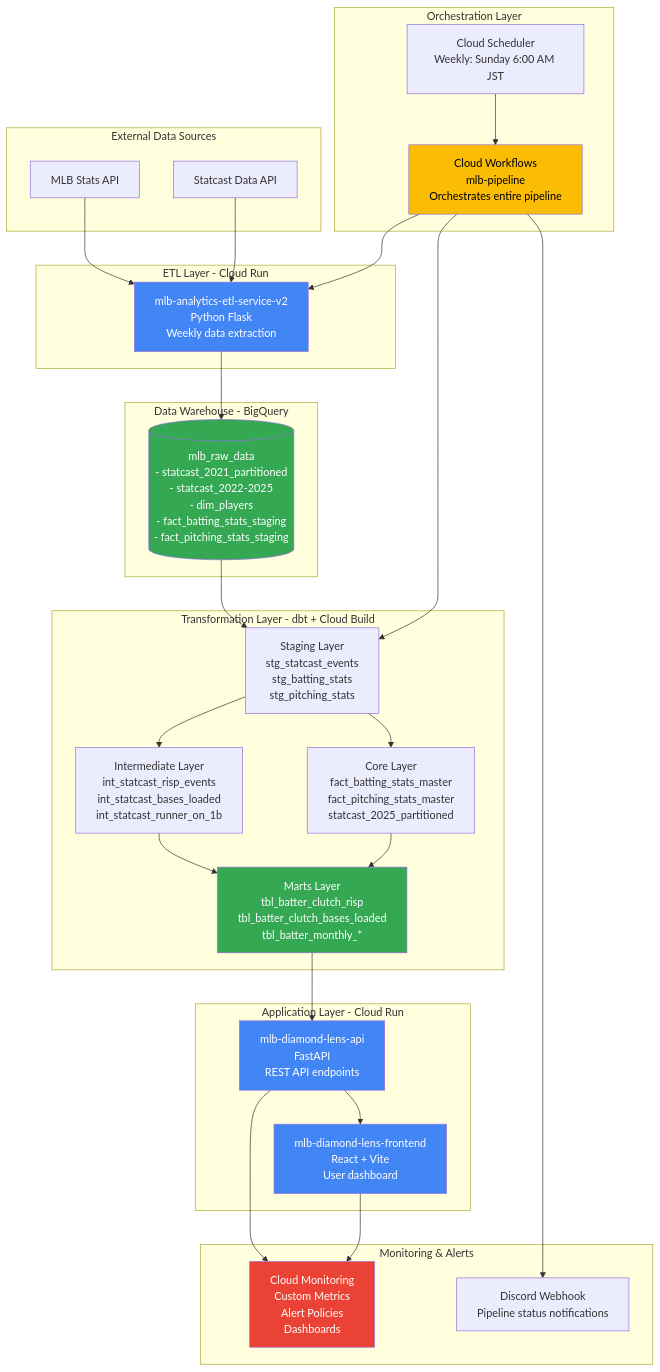
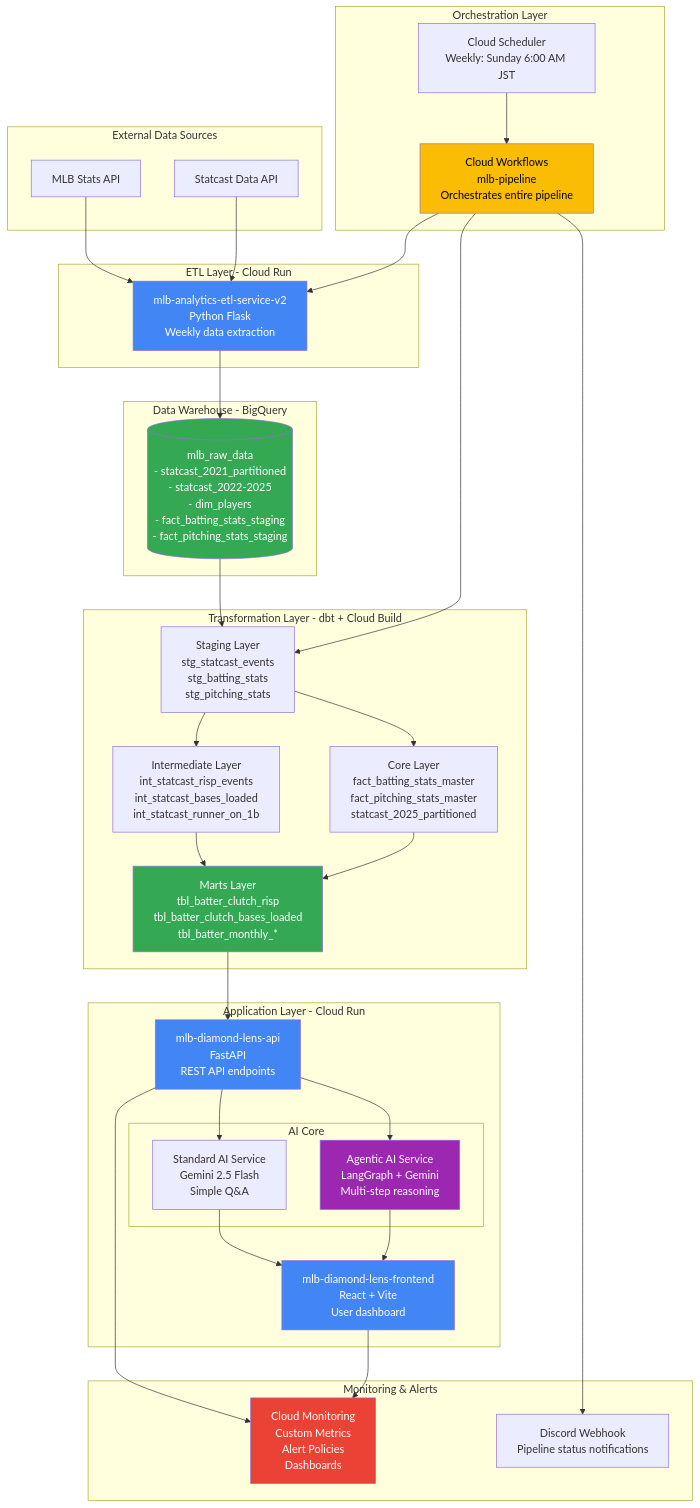
One commit to takeshimx/diamond-lens changed the first of 3 diagrams in README_architecture.md. Above: the diagram before and after it, drawn with Mermaid. The commit also changed other lines of this file and 9 other files, not shown here.

Commit message:
feat: implement LangGraph-based Autonomous Analyst Agent with Reasoning UI and Charting Support

````diff
--- a/README_architecture.md
+++ b/README_architecture.md
@@ -21,66 +21,75 @@
 ```mermaid
 graph TB
     subgraph "External Data Sources"
         MLB[MLB Stats API]
         Statcast[Statcast Data API]
     end
 
     subgraph "ETL Layer - Cloud Run"
         ETL[mlb-analytics-etl-service-v2<br/>Python Flask<br/>Weekly data extraction]
     end
 
     subgraph "Data Warehouse - BigQuery"
         RawData[(mlb_raw_data<br/>- statcast_2021_partitioned<br/>- statcast_2022-2025<br/>- dim_players<br/>- fact_batting_stats_staging<br/>- fact_pitching_stats_staging)]
     end
 
     subgraph "Transformation Layer - dbt + Cloud Build"
         Staging[Staging Layer<br/>stg_statcast_events<br/>stg_batting_stats<br/>stg_pitching_stats]
         Intermediate[Intermediate Layer<br/>int_statcast_risp_events<br/>int_statcast_bases_loaded<br/>int_statcast_runner_on_1b]
         Core[Core Layer<br/>fact_batting_stats_master<br/>fact_pitching_stats_master<br/>statcast_2025_partitioned]
         Marts[Marts Layer<br/>tbl_batter_clutch_risp<br/>tbl_batter_clutch_bases_loaded<br/>tbl_batter_monthly_*]
     end
 
-    subgraph "Application Layer - Cloud Run"
+subgraph "Application Layer - Cloud Run"
         Backend[mlb-diamond-lens-api<br/>FastAPI<br/>REST API endpoints]
         Frontend[mlb-diamond-lens-frontend<br/>React + Vite<br/>User dashboard]
+        
+        subgraph "AI Core"
+            StandardAI[Standard AI Service<br/>Gemini 2.5 Flash<br/>Simple Q&A]
+            AgenticAI[Agentic AI Service<br/>LangGraph + Gemini<br/>Multi-step reasoning]
+        end
     end
 
     subgraph "Orchestration Layer"
         Scheduler[Cloud Scheduler<br/>Weekly: Sunday 6:00 AM JST]
         Workflows[Cloud Workflows<br/>mlb-pipeline<br/>Orchestrates entire pipeline]
     end
 
     subgraph "Monitoring & Alerts"
         CloudMonitoring[Cloud Monitoring<br/>Custom Metrics<br/>Alert Policies<br/>Dashboards]
         Discord[Discord Webhook<br/>Pipeline status notifications]
     end
 
     MLB --> ETL
     Statcast --> ETL
     ETL --> RawData
 
     RawData --> Staging
     Staging --> Intermediate
     Staging --> Core
     Intermediate --> Marts
     Core --> Marts
 
     Marts --> Backend
-    Backend --> Frontend
+    Backend --> StandardAI
+    Backend --> AgenticAI
+    StandardAI --> Frontend
+    AgenticAI --> Frontend
 
     Scheduler --> Workflows
     Workflows --> ETL
     Workflows --> Staging
     Workflows --> Discord
 
     Backend --> CloudMonitoring
     Frontend --> CloudMonitoring
 
     style ETL fill:#4285f4,color:#fff
     style Backend fill:#4285f4,color:#fff
     style Frontend fill:#4285f4,color:#fff
+    style AgenticAI fill:#9c27b0,color:#fff
     style RawData fill:#34a853,color:#fff
     style Marts fill:#34a853,color:#fff
     style Workflows fill:#fbbc04,color:#000
     style CloudMonitoring fill:#ea4335,color:#fff
 ```
````
